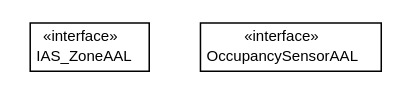
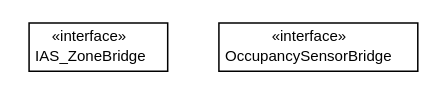
Before and after one commit to universAAL/lddi: the diagram in lddi.pom/apidocs/org/universAAL/lddi/zigbee/commissioning/devices/api/org.universAAL.lddi.zigbee.commissioning.devices.api.dot, drawn with Graphviz. The commit also changed 2200 other files, not shown here.

```diff
--- a/lddi.pom/apidocs/org/universAAL/lddi/zigbee/commissioning/devices/api/org.universAAL.lddi.zigbee.commissioning.devices.api.dot
+++ b/lddi.pom/apidocs/org/universAAL/lddi/zigbee/commissioning/devices/api/org.universAAL.lddi.zigbee.commissioning.devices.api.dot
@@ -1,26 +1,26 @@
 #!/usr/local/bin/dot
 #
 # Class diagram 
 # Generated by UMLGraph version R5_6-24-gf6e263 (http://www.umlgraph.org/)
 #
 
 digraph G {
 	edge [fontname="Helvetica",fontsize=10,labelfontname="Helvetica",labelfontsize=10];
 	node [fontname="Helvetica",fontsize=10,shape=plaintext];
 	nodesep=0.25;
 	ranksep=0.5;
-	// org.universAAL.lddi.zigbee.commissioning.devices.api.IAS_ZoneAAL
-	c35289 [label=<<table title="org.universAAL.lddi.zigbee.commissioning.devices.api.IAS_ZoneAAL" border="0" cellborder="1" cellspacing="0" cellpadding="2" port="p" href="./IAS_ZoneAAL.html">
+	// org.universAAL.lddi.zigbee.commissioning.devices.api.IAS_ZoneBridge
+	c35289 [label=<<table title="org.universAAL.lddi.zigbee.commissioning.devices.api.IAS_ZoneBridge" border="0" cellborder="1" cellspacing="0" cellpadding="2" port="p" href="./IAS_ZoneBridge.html">
 		<tr><td><table border="0" cellspacing="0" cellpadding="1">
 <tr><td align="center" balign="center"> &#171;interface&#187; </td></tr>
-<tr><td align="center" balign="center"> IAS_ZoneAAL </td></tr>
+<tr><td align="center" balign="center"> IAS_ZoneBridge </td></tr>
 		</table></td></tr>
-		</table>>, URL="./IAS_ZoneAAL.html", fontname="Helvetica", fontcolor="black", fontsize=10.0];
-	// org.universAAL.lddi.zigbee.commissioning.devices.api.OccupancySensorAAL
-	c35290 [label=<<table title="org.universAAL.lddi.zigbee.commissioning.devices.api.OccupancySensorAAL" border="0" cellborder="1" cellspacing="0" cellpadding="2" port="p" href="./OccupancySensorAAL.html">
+		</table>>, URL="./IAS_ZoneBridge.html", fontname="Helvetica", fontcolor="black", fontsize=10.0];
+	// org.universAAL.lddi.zigbee.commissioning.devices.api.OccupancySensorBridge
+	c35290 [label=<<table title="org.universAAL.lddi.zigbee.commissioning.devices.api.OccupancySensorBridge" border="0" cellborder="1" cellspacing="0" cellpadding="2" port="p" href="./OccupancySensorBridge.html">
 		<tr><td><table border="0" cellspacing="0" cellpadding="1">
 <tr><td align="center" balign="center"> &#171;interface&#187; </td></tr>
-<tr><td align="center" balign="center"> OccupancySensorAAL </td></tr>
+<tr><td align="center" balign="center"> OccupancySensorBridge </td></tr>
 		</table></td></tr>
-		</table>>, URL="./OccupancySensorAAL.html", fontname="Helvetica", fontcolor="black", fontsize=10.0];
+		</table>>, URL="./OccupancySensorBridge.html", fontname="Helvetica", fontcolor="black", fontsize=10.0];
 }
```
